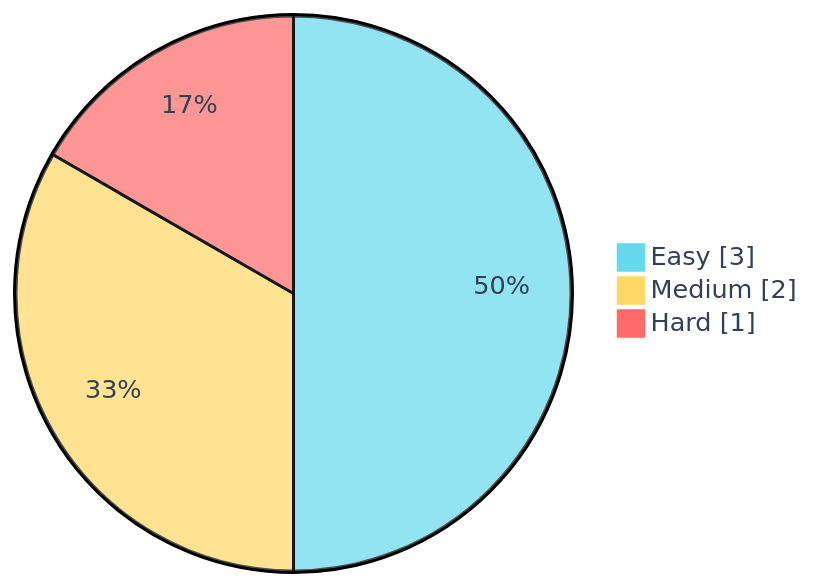
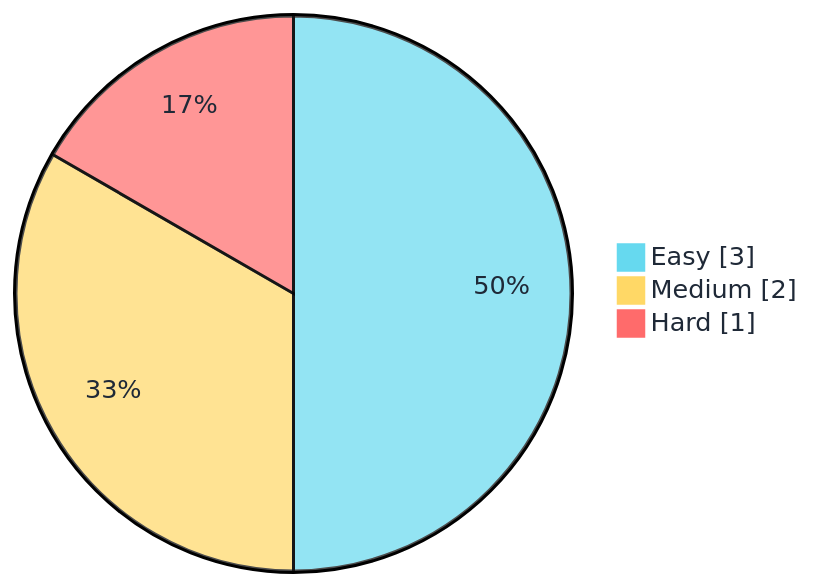
Before and after one commit to hinata-koizumi/leetcode-journey: the diagram in README.md, drawn with Mermaid. The commit also changed 1 other file, not shown here.

Commit message:
Darken Mermaid pie chart label colors.

````diff
--- a/README.md
+++ b/README.md
@@ -18,7 +18,7 @@
 ```mermaid
-%%{init: {"theme":"base","themeVariables":{"pie1":"#66d9ef","pie2":"#ffd866","pie3":"#ff6b6b","pieSectionTextColor":"#334155","pieLegendTextColor":"#334155"}}}%%
+%%{init: {"theme":"base","themeVariables":{"pie1":"#66d9ef","pie2":"#ffd866","pie3":"#ff6b6b","pieSectionTextColor":"#1f2937","pieLegendTextColor":"#1f2937"}}}%%
 pie showData
     "Easy" : 3
     "Medium" : 2
     "Hard" : 1
 ```
````
